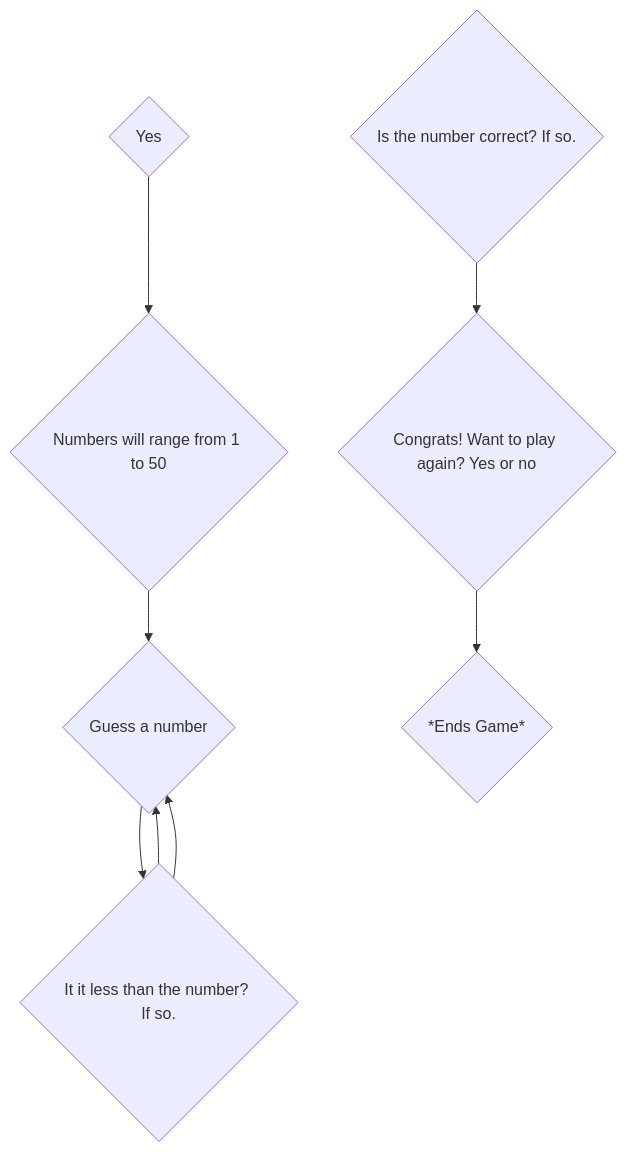
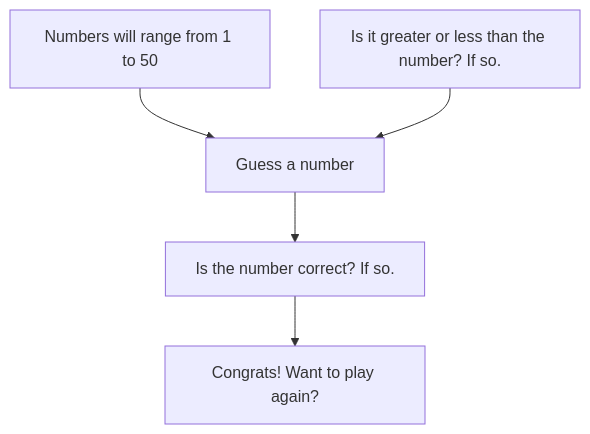
One commit to schope26/schope26.github.io changed the diagram in README.md. Above: the diagram before and after it, drawn with Mermaid.

````diff
--- a/README.md
+++ b/README.md
@@ -22,11 +22,9 @@
 ```mermaid
 flowchart TD
-    A{Numbers will range from 1 to 50} 
-    --> B{Guess a number} 
-    --> D{Is it greater than the number? If so.} --> B
-    D{It it less than the number? If so.} --> B
-    E{Is the number correct? If so.} --> F
-    F{Congrats! Want to play again? Yes or no} --> G
-    G{*Ends Game*}
-    H{Yes} --> A 
+    A[Numbers will range from 1 to 50] 
+    --> B[Guess a number] 
+    --> E;C[Is it greater or less than the number? If so.]
+    --> B
+    E[Is the number correct? If so.] --> F
+    F[Congrats! Want to play again?]
 ```
````
